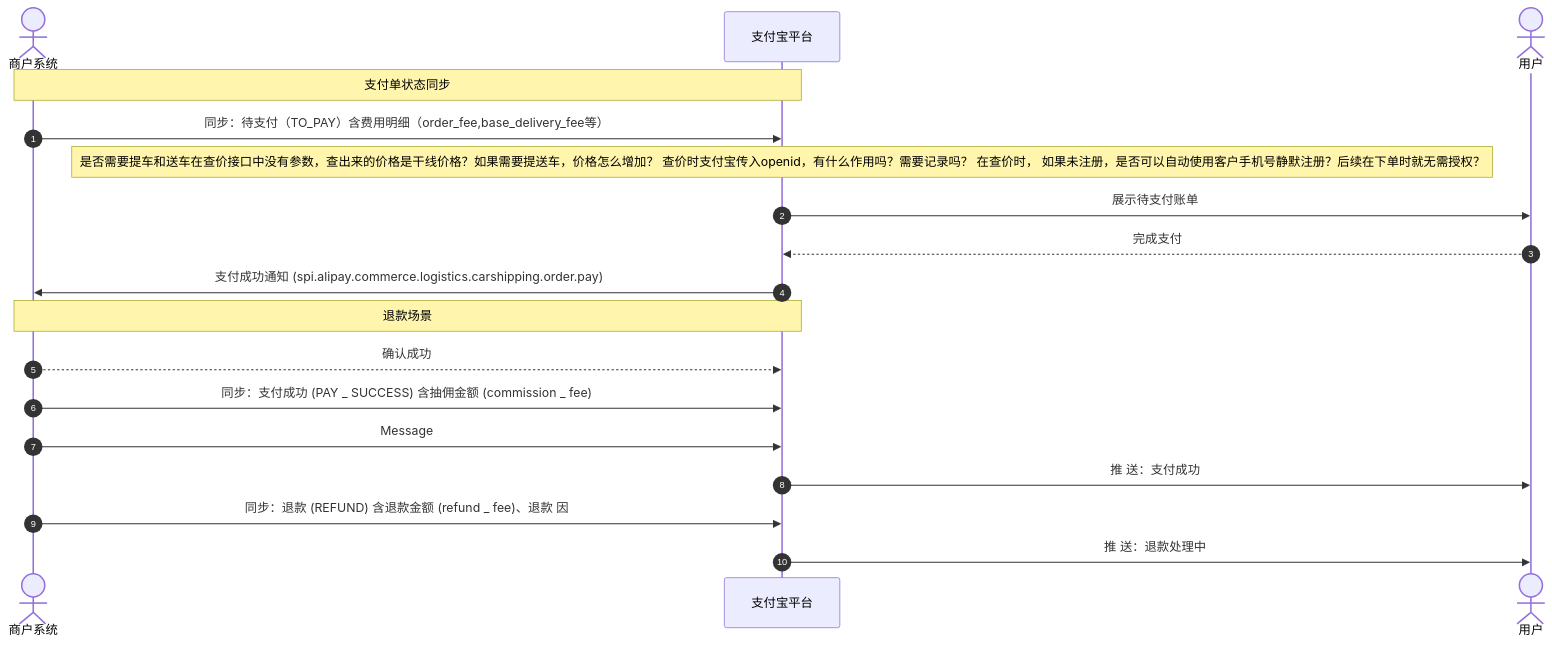
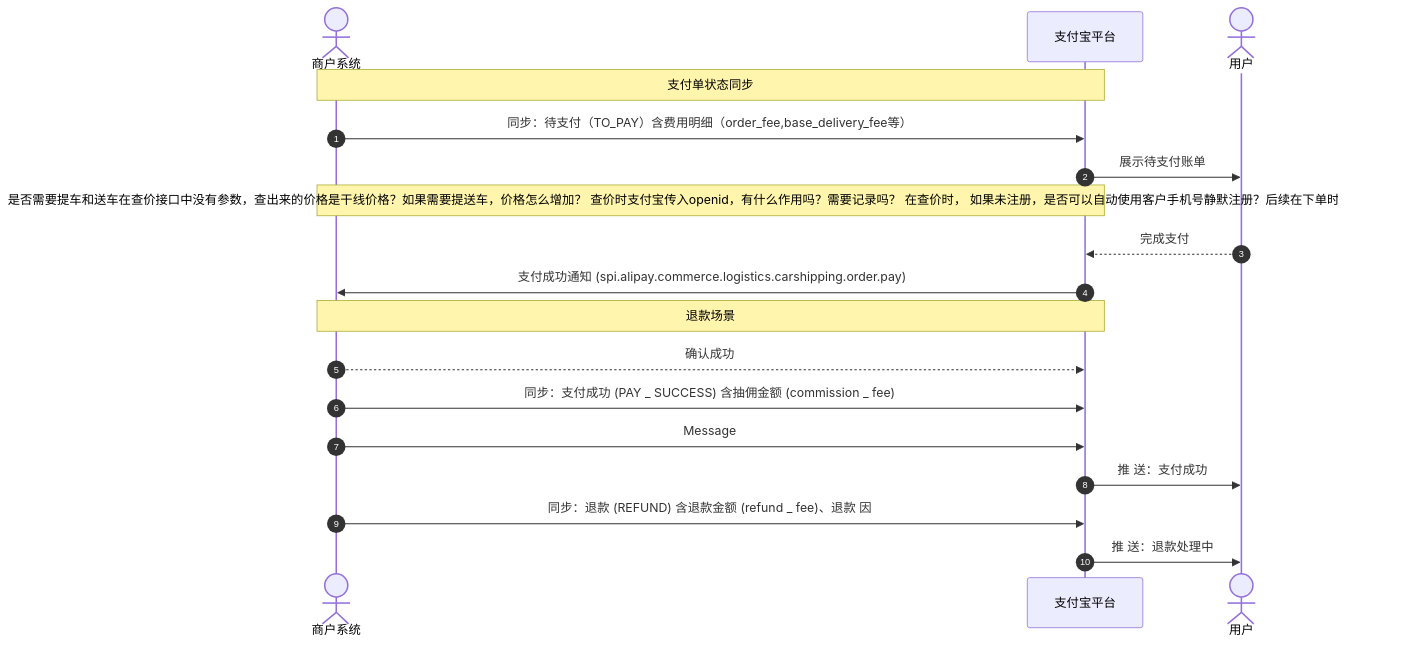
One commit to pingpm/mermaid_vault changed the diagram in mmd/支付单状态同步时序_b3042cb3-08c1-43b5-b440-32d3f6443821.mmd. Above: the diagram before and after it, drawn with Mermaid. The commit also changed 2 other files, not shown here.

Commit message:
Sync Mermaid Studio data (15 diagrams)

```diff
--- a/mmd/支付单状态同步时序_b3042cb3-08c1-43b5-b440-32d3f6443821.mmd
+++ b/mmd/支付单状态同步时序_b3042cb3-08c1-43b5-b440-32d3f6443821.mmd
@@ -1,18 +1,18 @@
 sequenceDiagram
   autonumber
   actor p0 as 商户系统
   participant p1 as ⽀付宝平台
   actor p2 as 用户
   Note over p0,p1: ⽀付单状态同步
   p0->>p1: 同步：待支付（TO_PAY）含费用明细（order_fee,base_delivery_fee等）
-  Note over p1: 是否需要提车和送车在查价接口中没有参数，查出来的价格是干线价格？如果需要提送车，价格怎么增加？ 查价时支付宝传入openid，有什么作用吗？需要记录吗？ 在查价时， 如果未注册，是否可以自动使用客户手机号静默注册？后续在下单时就无需授权？
   p1->>p2: 展示待⽀付账单
+  Note over p0,p1: 是否需要提车和送车在查价接口中没有参数，查出来的价格是干线价格？如果需要提送车，价格怎么增加？ 查价时支付宝传入openid，有什么作用吗？需要记录吗？ 在查价时， 如果未注册，是否可以自动使用客户手机号静默注册？后续在下单时就无需授权？
   p2-->>p1: 完成⽀付
   p1->>p0: ⽀付成功通知 (spi.alipay.commerce.logistics.carshipping.order.pay)
   Note over p0,p1: 退款场景
   p0-->>p1: 确认成功
   p0->>p1: 同步：⽀付成功 (PAY _ SUCCESS) 含抽佣⾦额 (commission _ fee)
   p0->>p1: Message
   p1->>p2: 推 送：⽀付成功
   p0->>p1: 同步：退款 (REFUND) 含退款⾦额 (refund _ fee)、退款 因
   p1->>p2: 推 送：退款处理中
```
